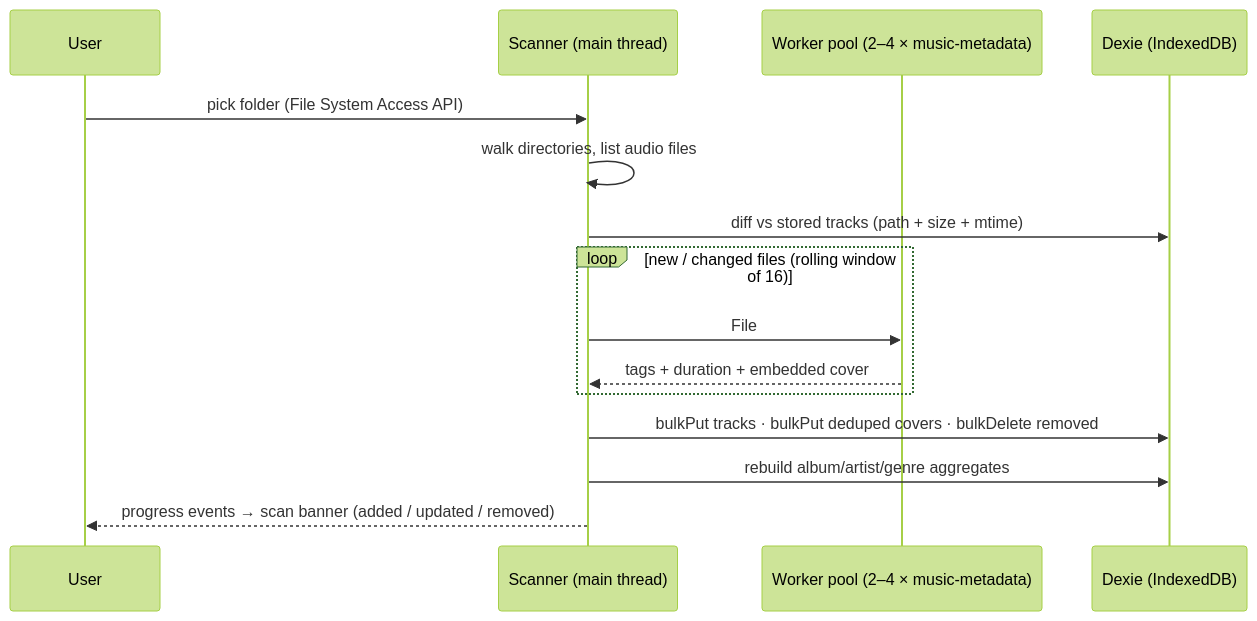
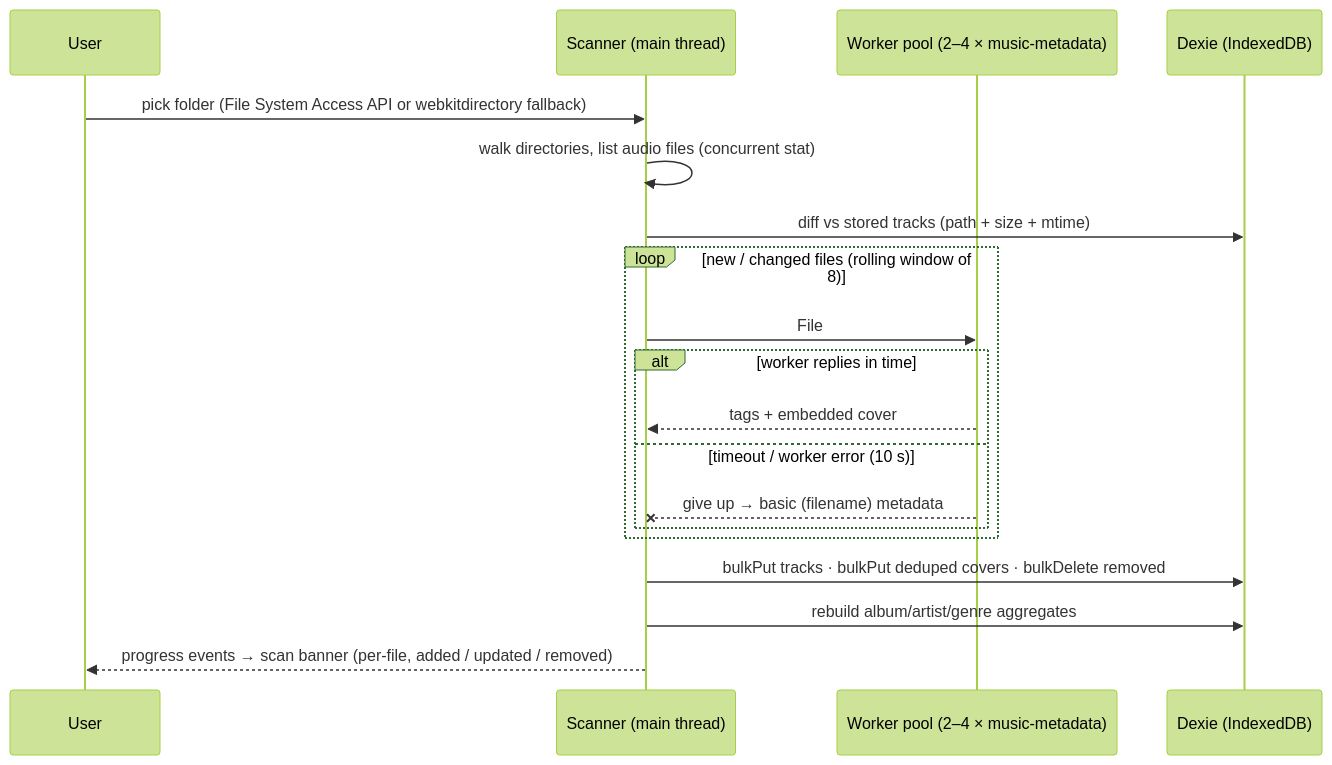
Before and after one commit to mamueljr/Aura-music: the second of 3 diagrams in docs/ARCHITECTURE.md, drawn with Mermaid (forest theme). The commit also changed other lines of this file, not shown here.

Commit message:
docs(architecture): document resilient scan pipeline and fallback mode
Reflect the metadata-parsing changes: tag-only parsing with lazy
duration backfill, per-job timeout that stores basic metadata instead
of hanging, lowered concurrency, and concurrent directory stat. Also
document fallback-mode "Update folder" reimport, the build stamp, and
the manual gh-pages deploy path used when Actions are unavailable.

````diff
--- a/docs/ARCHITECTURE.md
+++ b/docs/ARCHITECTURE.md
@@ -44,18 +44,22 @@
 ```mermaid
 sequenceDiagram
     participant U as User
     participant S as Scanner (main thread)
     participant W as Worker pool (2–4 × music-metadata)
     participant DB as Dexie (IndexedDB)
 
-    U->>S: pick folder (File System Access API)
-    S->>S: walk directories, list audio files
+    U->>S: pick folder (File System Access API or webkitdirectory fallback)
+    S->>S: walk directories, list audio files (concurrent stat)
     S->>DB: diff vs stored tracks (path + size + mtime)
-    loop new / changed files (rolling window of 16)
+    loop new / changed files (rolling window of 8)
         S->>W: File
-        W-->>S: tags + duration + embedded cover
+        alt worker replies in time
+            W-->>S: tags + embedded cover
+        else timeout / worker error (10 s)
+            W--xS: give up → basic (filename) metadata
+        end
     end
     S->>DB: bulkPut tracks · bulkPut deduped covers · bulkDelete removed
     S->>DB: rebuild album/artist/genre aggregates
-    S-->>U: progress events → scan banner (added / updated / removed)
+    S-->>U: progress events → scan banner (per-file, added / updated / removed)
 ```
````
